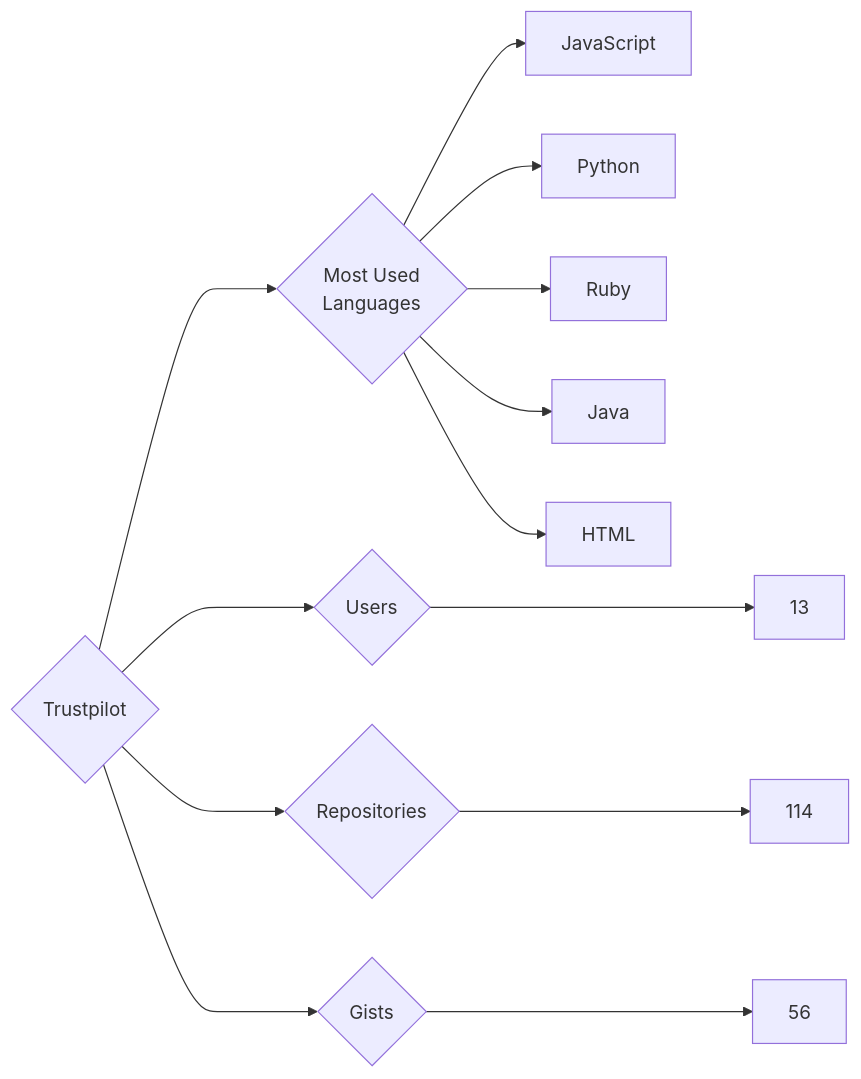
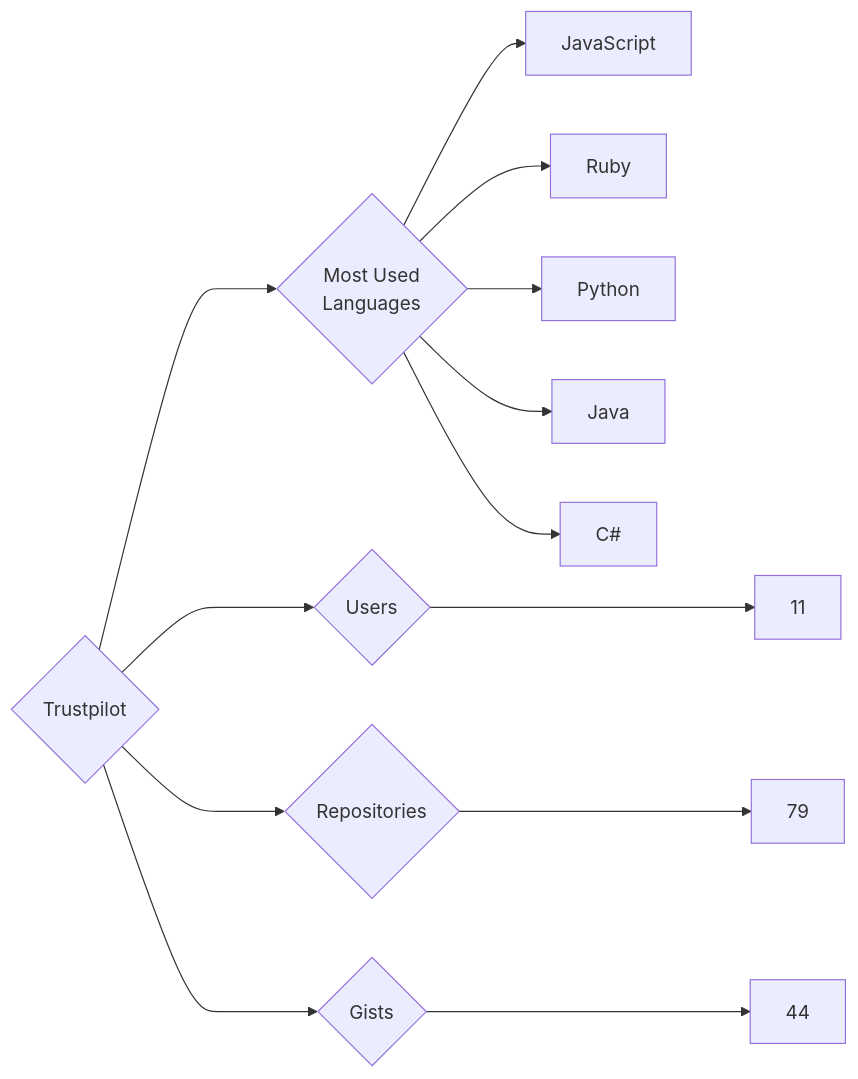
Before and after one commit to trickest/insiders: the diagram in targets/Trustpilot/README.md, drawn with Mermaid. The commit also changed 940 other files, not shown here.

````diff
--- a/targets/Trustpilot/README.md
+++ b/targets/Trustpilot/README.md
@@ -3,13 +3,13 @@
 ```mermaid
 graph LR
 COMPANY_NAME{Trustpilot}
-COMPANY_NAME ---> U{Users} ---> UN[13]
-COMPANY_NAME ---> R{Repositories} ---> RN[114]
-COMPANY_NAME ---> G{Gists} ---> GN[56]
+COMPANY_NAME ---> U{Users} ---> UN[11]
+COMPANY_NAME ---> R{Repositories} ---> RN[79]
+COMPANY_NAME ---> G{Gists} ---> GN[44]
 COMPANY_NAME ---> ML{Most Used<br>Languages}
 ML --> JavaScript[JavaScript]
+ML --> Ruby[Ruby]
 ML --> Python[Python]
-ML --> Ruby[Ruby]
 ML --> Java[Java]
-ML --> HTML[HTML]
+ML --> C#[C#]
 ```
````
